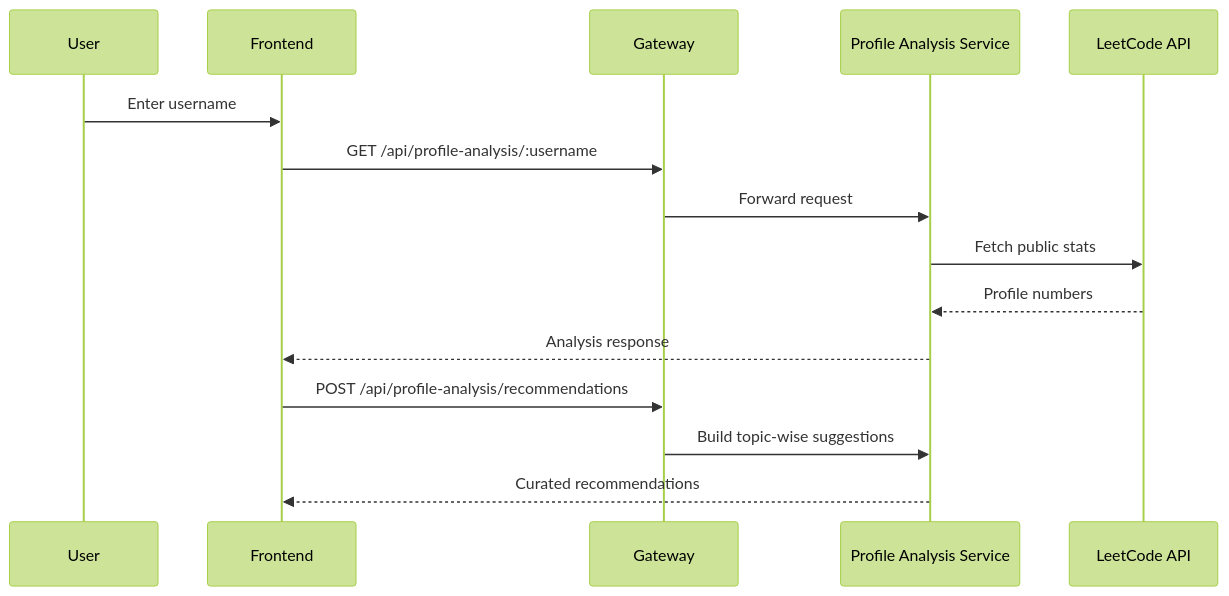
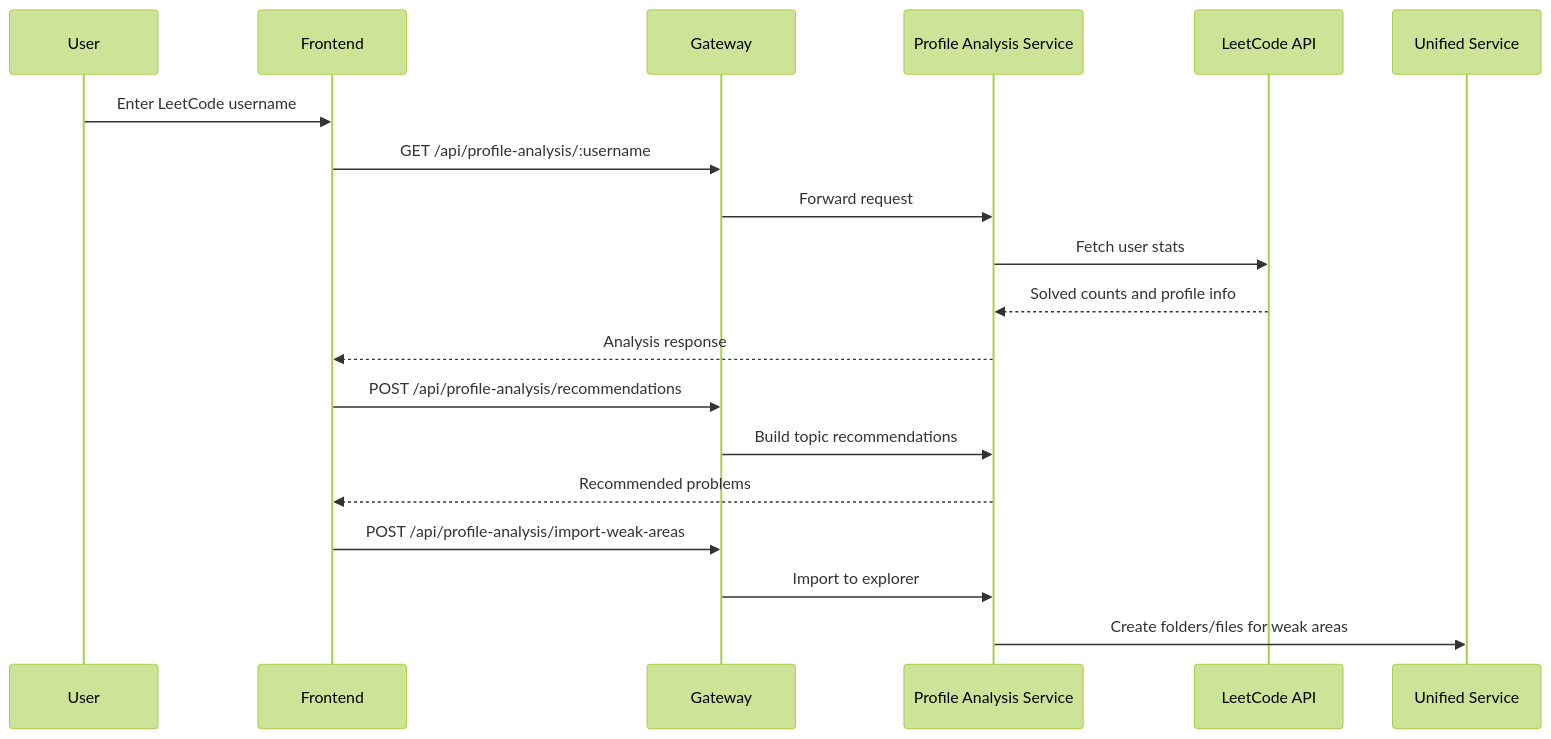
One commit to nitishkumarkushwaha21/new-demo-repo changed the fifth of 5 diagrams in README.md. Above: the diagram before and after it, drawn with Mermaid (forest theme). The commit also changed other lines of this file, not shown here.

Commit message:
docs: revamp README with product overview and architecture diagrams

````diff
--- a/README.md
+++ b/README.md
@@ -155,19 +176,24 @@
 ```mermaid
 sequenceDiagram
     participant U as User
     participant FE as Frontend
     participant GW as Gateway
-    participant PA as Profile Analysis Service
+    participant PS as Profile Analysis Service
     participant LC as LeetCode API
+    participant US as Unified Service
 
-    U->>FE: Enter username
+    U->>FE: Enter LeetCode username
     FE->>GW: GET /api/profile-analysis/:username
-    GW->>PA: Forward request
-    PA->>LC: Fetch public stats
-    LC-->>PA: Profile numbers
-    PA-->>FE: Analysis response
+    GW->>PS: Forward request
+    PS->>LC: Fetch user stats
+    LC-->>PS: Solved counts and profile info
+    PS-->>FE: Analysis response
 
     FE->>GW: POST /api/profile-analysis/recommendations
-    GW->>PA: Build topic-wise suggestions
-    PA-->>FE: Curated recommendations
+    GW->>PS: Build topic recommendations
+    PS-->>FE: Recommended problems
+
+    FE->>GW: POST /api/profile-analysis/import-weak-areas
+    GW->>PS: Import to explorer
+    PS->>US: Create folders/files for weak areas
 ```
````
